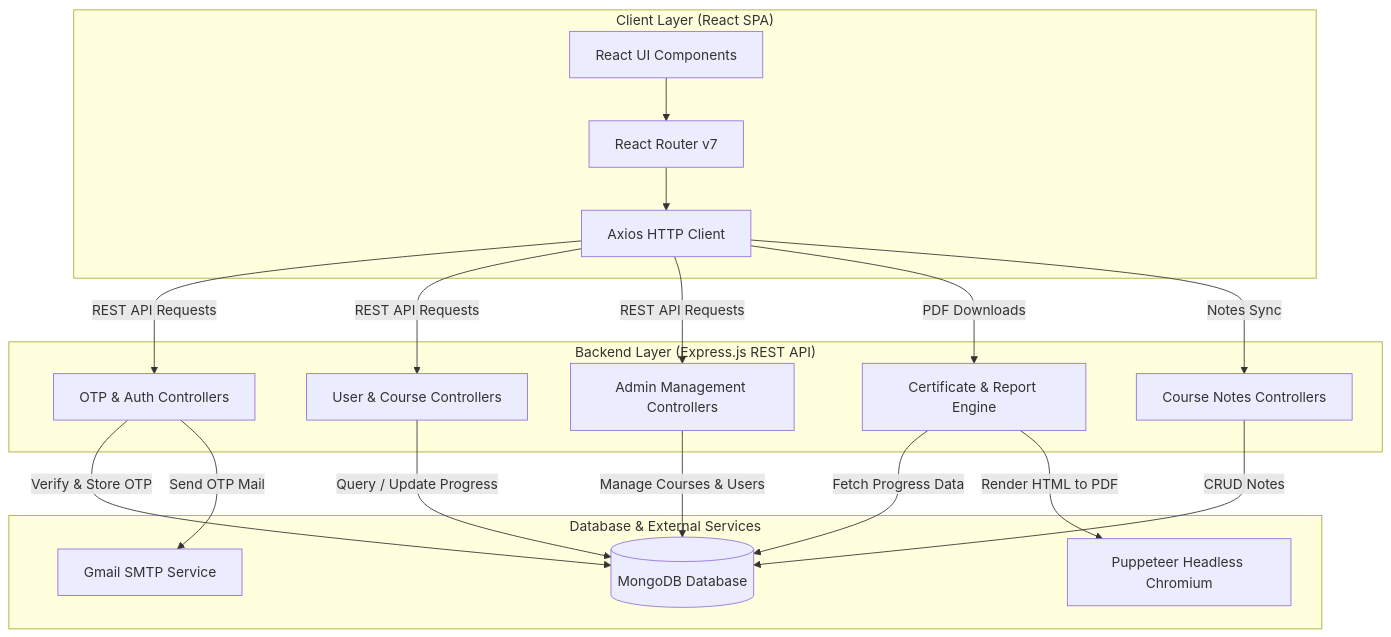
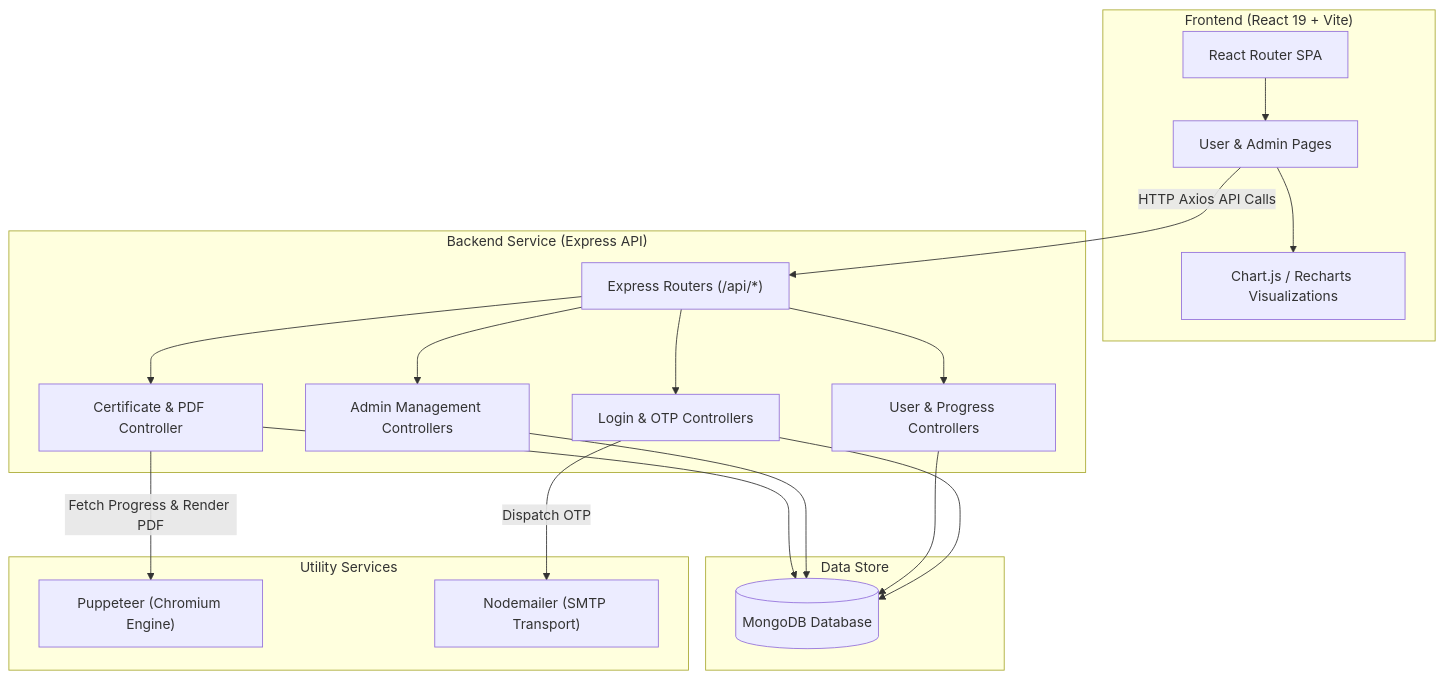
The first of 2 diagrams in architecture.md (abdul8704/EduTrack), drawn with Mermaid before and after one commit. The commit also changed other lines of this file, not shown here.

Commit message:
docs: sync architecture documentation with codebase

````diff
--- a/architecture.md
+++ b/architecture.md
@@ -53,38 +47,39 @@
 ```mermaid
 flowchart TD
-    subgraph Client["Client Layer (React SPA)"]
-        UI["React UI Components"]
-        Router["React Router v7"]
-        AxiosClient["Axios HTTP Client"]
-        UI --> Router
-        Router --> AxiosClient
+    subgraph Client ["Frontend (React 19 + Vite)"]
+        SPA["React Router SPA"]
+        Views["User & Admin Pages"]
+        Charts["Chart.js / Recharts Visualizations"]
     end
 
-    subgraph API["Backend Layer (Express.js REST API)"]
-        AuthMW["OTP & Auth Controllers"]
-        UserCtrl["User & Course Controllers"]
+    subgraph API ["Backend Service (Express API)"]
+        Routers["Express Routers (/api/*)"]
+        AuthCtrl["Login & OTP Controllers"]
+        UserCtrl["User & Progress Controllers"]
         AdminCtrl["Admin Management Controllers"]
-        CertCtrl["Certificate & Report Engine"]
-        NotesCtrl["Course Notes Controllers"]
+        CertCtrl["Certificate & PDF Controller"]
     end
 
-    subgraph Storage["Database & External Services"]
-        MongoDB[(MongoDB Database)]
-        SMTP["Gmail SMTP Service"]
-        Chrome["Puppeteer Headless Chromium"]
+    subgraph Database ["Data Store"]
+        Mongo[("MongoDB Database")]
     end
 
-    AxiosClient -->|REST API Requests| AuthMW
-    AxiosClient -->|REST API Requests| UserCtrl
-    AxiosClient -->|REST API Requests| AdminCtrl
-    AxiosClient -->|PDF Downloads| CertCtrl
-    AxiosClient -->|Notes Sync| NotesCtrl
+    subgraph External ["Utility Services"]
+        Puppeteer["Puppeteer (Chromium Engine)"]
+        Nodemailer["Nodemailer (SMTP Transport)"]
+    end
 
-    AuthMW -->|Verify & Store OTP| MongoDB
-    AuthMW -->|Send OTP Mail| SMTP
-    UserCtrl -->|Query / Update Progress| MongoDB
-    AdminCtrl -->|Manage Courses & Users| MongoDB
-    NotesCtrl -->|CRUD Notes| MongoDB
-    CertCtrl -->|Fetch Progress Data| MongoDB
-    CertCtrl -->|Render HTML to PDF| Chrome
+    SPA --> Views
+    Views --> Charts
+    Views -->|HTTP Axios API Calls| Routers
+    Routers --> AuthCtrl
+    Routers --> UserCtrl
+    Routers --> AdminCtrl
+    Routers --> CertCtrl
+    AuthCtrl --> Mongo
+    UserCtrl --> Mongo
+    AdminCtrl --> Mongo
+    AuthCtrl -->|Dispatch OTP| Nodemailer
+    CertCtrl -->|Fetch Progress & Render PDF| Puppeteer
+    CertCtrl --> Mongo
 ```
````
